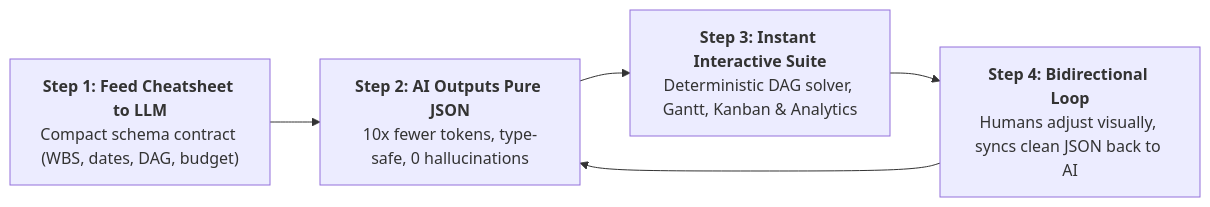
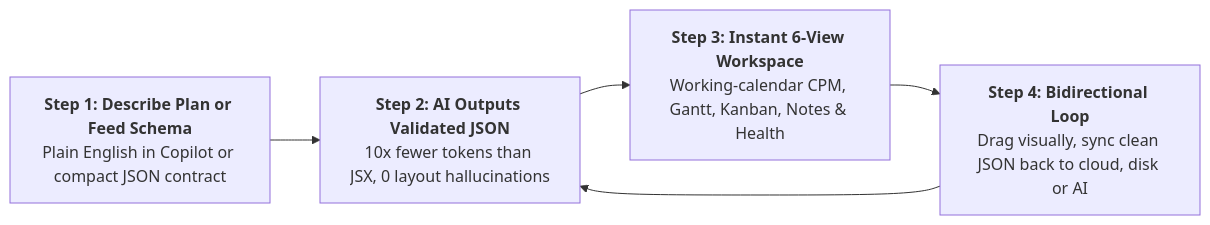
The first of 2 diagrams in README.md (AhmadHassan-BTed/Jantt), drawn with Mermaid before and after one commit. The commit also changed other lines of this file and 1 other file, not shown here.

Commit message:
docs(readme,seo): overhaul README for AI Gantt Copilot, everyday use cases, comparisons, and Playground SEO

````diff
--- a/README.md
+++ b/README.md
@@ -368,7 +498,7 @@
 ```mermaid
 flowchart LR
-    A["<b>Step 1: Feed Cheatsheet to LLM</b><br/>Compact schema contract (WBS, dates, DAG, budget)"] --> B["<b>Step 2: AI Outputs Pure JSON</b><br/>10x fewer tokens, type-safe, 0 hallucinations"]
-    B --> C["<b>Step 3: Instant Interactive Suite</b><br/>Deterministic DAG solver, Gantt, Kanban & Analytics"]
-    C --> D["<b>Step 4: Bidirectional Loop</b><br/>Humans adjust visually, syncs clean JSON back to AI"]
+    A["<b>Step 1: Describe Plan or Feed Schema</b><br/>Plain English in Copilot or compact JSON contract"] --> B["<b>Step 2: AI Outputs Validated JSON</b><br/>10x fewer tokens than JSX, 0 layout hallucinations"]
+    B --> C["<b>Step 3: Instant 6-View Workspace</b><br/>Working-calendar CPM, Gantt, Kanban, Notes & Health"]
+    C --> D["<b>Step 4: Bidirectional Loop</b><br/>Drag visually, sync clean JSON back to cloud, disk or AI"]
     D --> B
 ```
````
